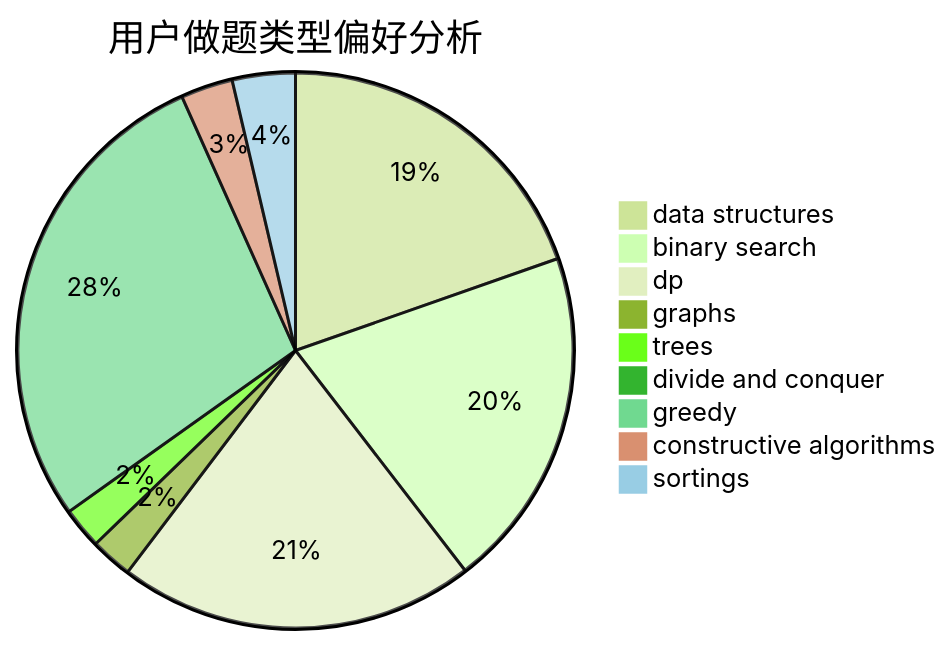
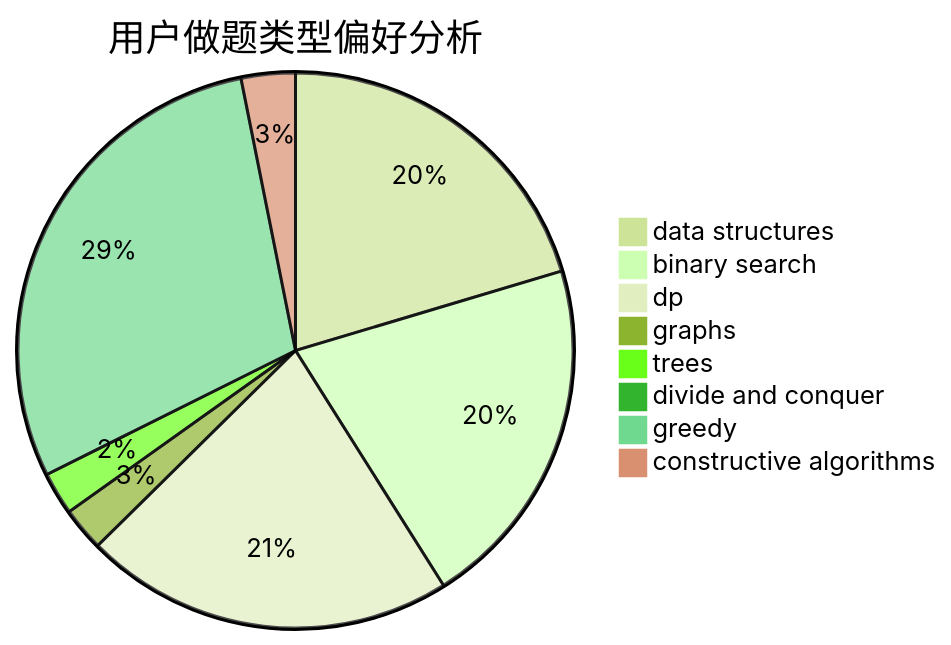
One commit to sherpahu/cfrs.github.io changed the second of 3 diagrams in docs/user/u702.md. Above: the diagram before and after it, drawn with Mermaid (forest theme). The commit also changed other lines of this file and 2769 other files, not shown here.

````diff
--- a/docs/user/u702.md
+++ b/docs/user/u702.md
@@ -18,12 +18,11 @@
 ```mermaid
 pie title 用户做题类型偏好分析
     "data structures" :  434
     "binary search" :  440
     "dp" :  459
     "graphs" :  54
     "trees" :  53
     "divide and conquer" :  19
     "greedy" :  622
     "constructive algorithms" :  67
-    "sortings" :  81
 ```
````
